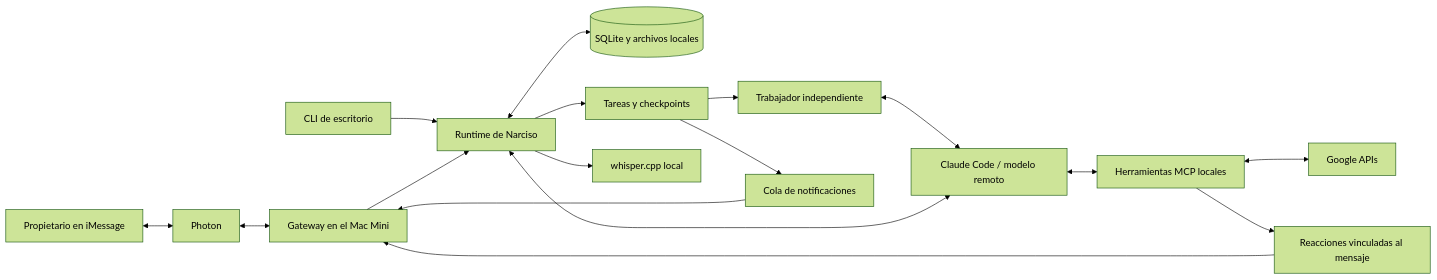
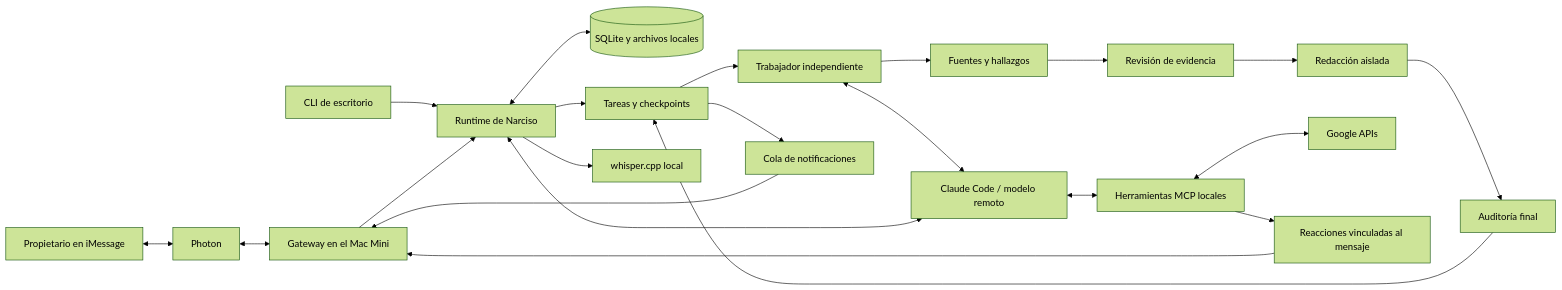
Before and after one commit to danglade/narciso: the diagram in README.md, drawn with Mermaid (forest theme). The commit also changed other lines of this file and 18 other files, not shown here.

Commit message:
Separate background research from evidence review and publication

````diff
--- a/README.md
+++ b/README.md
@@ -96,19 +101,24 @@
 ```mermaid
 flowchart LR
     Owner[Propietario en iMessage] <--> Photon[Photon]
     Photon <--> Gateway[Gateway en el Mac Mini]
     CLI[CLI de escritorio] --> Runtime[Runtime de Narciso]
     Gateway --> Runtime
     Runtime <--> DB[(SQLite y archivos locales)]
     Runtime --> Jobs[Tareas y checkpoints]
     Jobs --> Worker[Trabajador independiente]
     Worker <--> Claude
+    Worker --> Evidence[Fuentes y hallazgos]
+    Evidence --> Review[Revisión de evidencia]
+    Review --> Editor[Redacción aislada]
+    Editor --> Audit[Auditoría final]
+    Audit --> Jobs
     Jobs --> Notify[Cola de notificaciones]
     Notify --> Gateway
     Runtime --> Speech[whisper.cpp local]
     Runtime <--> Claude[Claude Code / modelo remoto]
     Claude <--> MCP[Herramientas MCP locales]
     MCP <--> Google[Google APIs]
     MCP --> Reactions[Reacciones vinculadas al mensaje]
     Reactions --> Gateway
 ```
````
